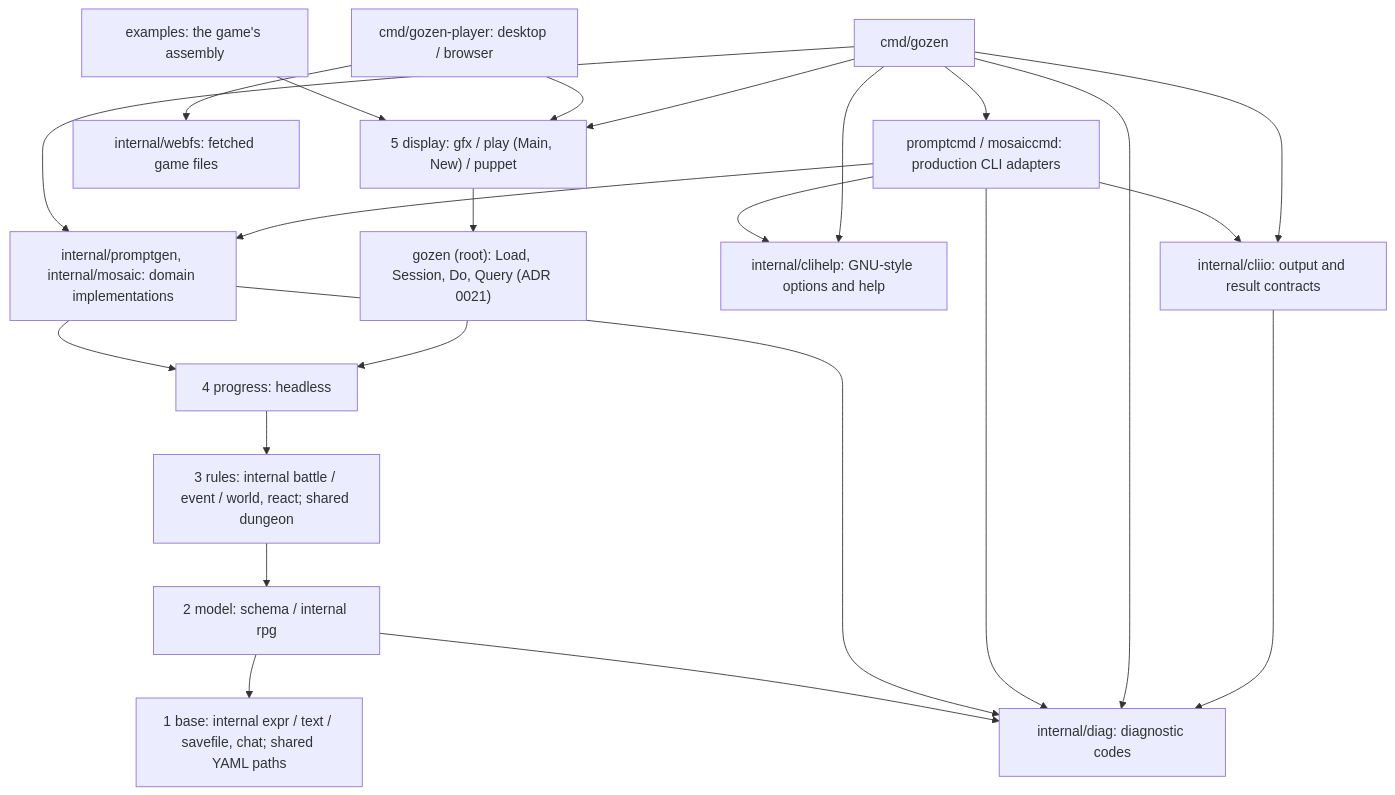
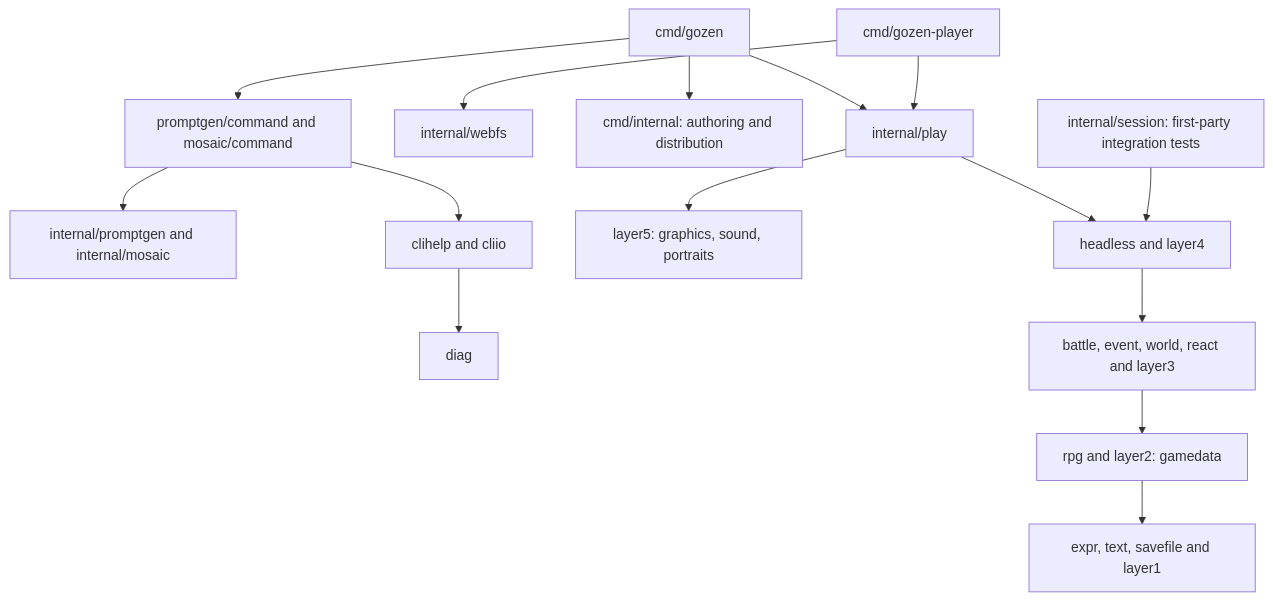
The diagram in docs/architecture/overview.md (nao1215/gozen), drawn with Mermaid before and after one commit. The commit also changed other lines of this file and 234 other files, not shown here.

Commit message:
refactor(engine)!: retire public Go APIs and keep YAML authoring contracts

````diff
--- a/docs/architecture/overview.md
+++ b/docs/architecture/overview.md
@@ -13,26 +5,17 @@
 ```mermaid
-flowchart TB
-  L5["5 display: gfx / play (Main, New) / puppet"]
-  L5 --> R["gozen (root): Load, Session, Do, Query (ADR 0021)"]
-  R --> L4["4 progress: headless"]
-  L4 --> L3["3 rules: internal battle / event / world, react; shared dungeon"]
-  L3 --> L2["2 model: schema / internal rpg"]
-  L2 --> L1["1 base: internal expr / text / savefile, chat; shared YAML paths"]
-  CLI["cmd/gozen"] --> L5
-  Player["cmd/gozen-player: desktop / browser"] --> L5
-  Player --> WebFS["internal/webfs: fetched game files"]
-  CLI --> Production["promptcmd / mosaiccmd: production CLI adapters"]
-  Production --> Private["internal/promptgen, internal/mosaic: domain implementations"]
-  CLI --> Private
-  Private --> L4
-  CLI --> Help["internal/clihelp: GNU-style options and help"]
-  Production --> Help
-  CLI --> Output["internal/cliio: output and result contracts"]
-  Production --> Output
-  Output --> Diag
-  CLI --> Diag["internal/diag: diagnostic codes"]
-  Production --> Diag
-  Private --> Diag
-  L2 --> Diag
-  Example["examples: the game's assembly"] --> L5
+flowchart TD
+  CLI[cmd/gozen] --> Play[internal/play]
+  Player[cmd/gozen-player] --> Play
+  Player --> WebFS[internal/webfs]
+  CLI --> Tools[cmd/internal: authoring and distribution]
+  CLI --> Adapters[promptgen/command and mosaic/command]
+  Adapters --> Domain[internal/promptgen and internal/mosaic]
+  Adapters --> IO[clihelp and cliio]
+  IO --> Diag[diag]
+  Play --> Display[layer5: graphics, sound, portraits]
+  Play --> Progress[headless and layer4]
+  Session[internal/session: first-party integration tests] --> Progress
+  Progress --> Rules[battle, event, world, react and layer3]
+  Rules --> Model[rpg and layer2: gamedata]
+  Model --> Base[expr, text, savefile and layer1]
 ```
````
